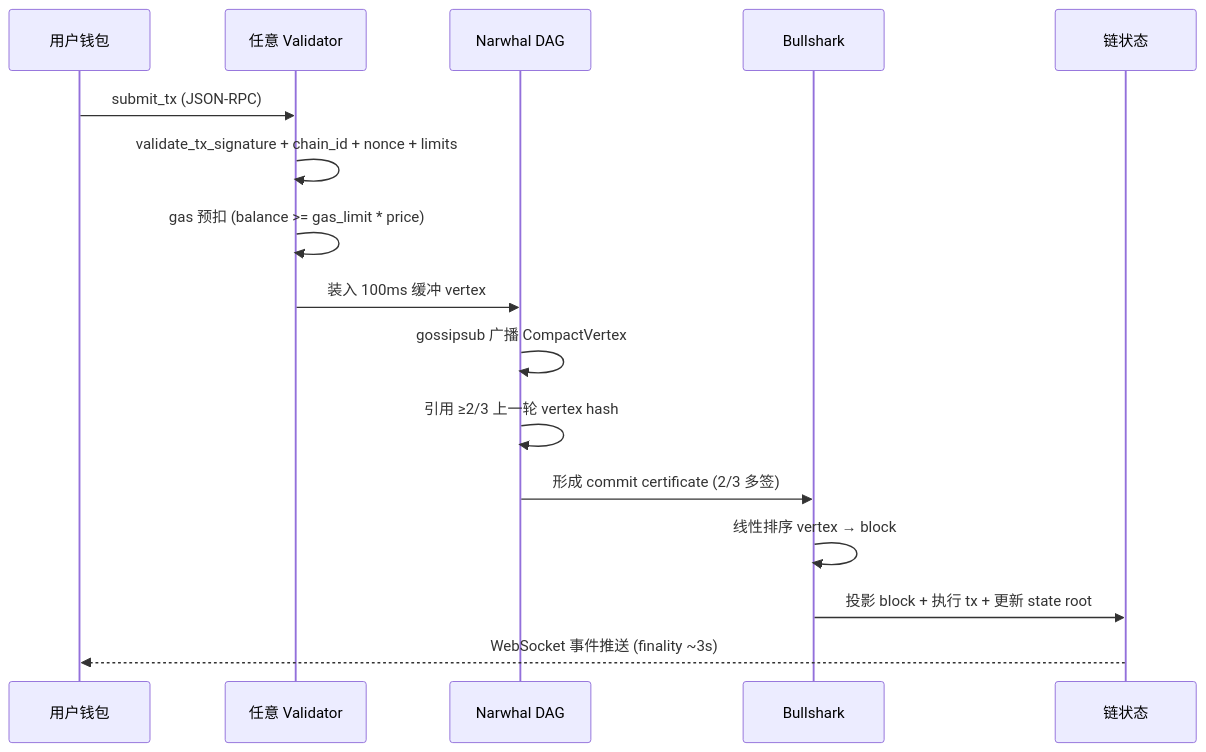
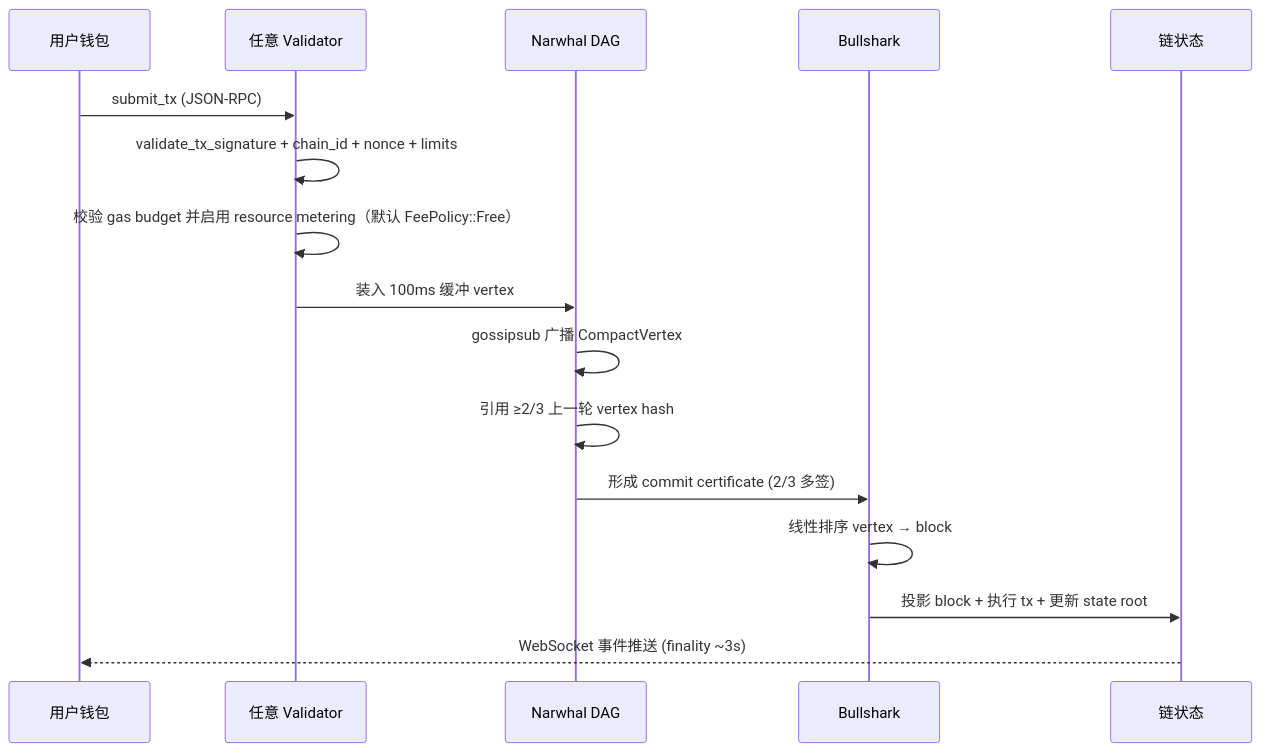
The fifth of 7 diagrams in docs/00-architecture-overview.md (linqining/zchain), drawn with Mermaid before and after one commit. The commit also changed other lines of this file and 10 other files, not shown here.

Commit message:
feat: gas free

````diff
--- a/docs/00-architecture-overview.md
+++ b/docs/00-architecture-overview.md
@@ -322,19 +322,19 @@
 ```mermaid
 sequenceDiagram
     participant U as 用户钱包
     participant V as 任意 Validator
     participant DAG as Narwhal DAG
     participant BS as Bullshark
     participant CH as 链状态
 
     U->>V: submit_tx (JSON-RPC)
     V->>V: validate_tx_signature + chain_id + nonce + limits
-    V->>V: gas 预扣 (balance >= gas_limit * price)
+    V->>V: 校验 gas budget 并启用 resource metering（默认 FeePolicy::Free）
     V->>DAG: 装入 100ms 缓冲 vertex
     DAG->>DAG: gossipsub 广播 CompactVertex
     DAG->>DAG: 引用 ≥2/3 上一轮 vertex hash
     DAG->>BS: 形成 commit certificate (2/3 多签)
     BS->>BS: 线性排序 vertex → block
     BS->>CH: 投影 block + 执行 tx + 更新 state root
     CH-->>U: WebSocket 事件推送 (finality ~3s)
 ```
````
